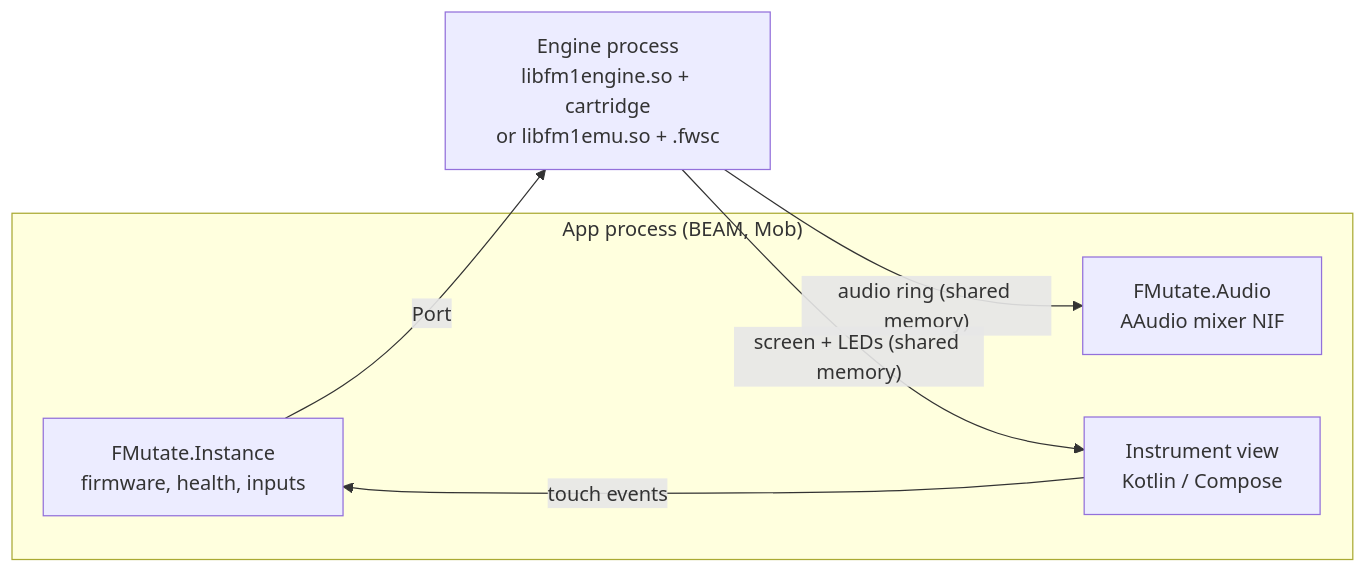
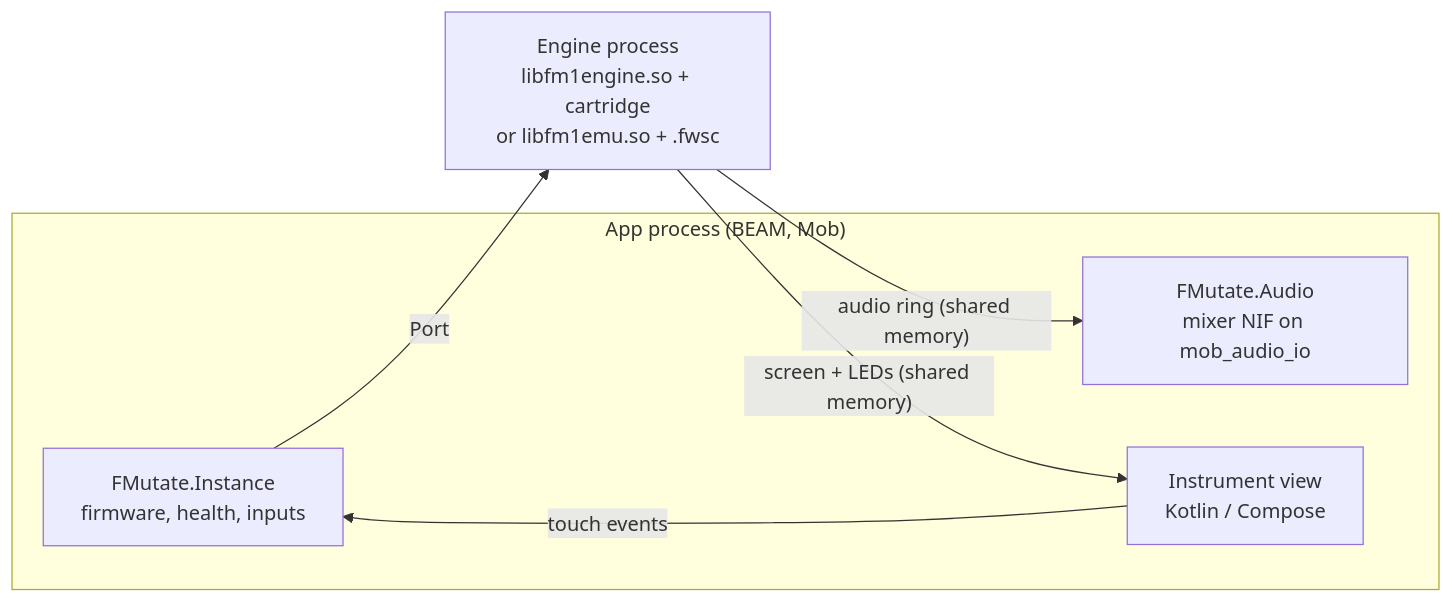
Before and after one commit to GenericJam/fmutate: the diagram in README.md, drawn with Mermaid. The commit also changed other lines of this file and 22 other files, not shown here.

````diff
--- a/README.md
+++ b/README.md
@@ -56,12 +56,12 @@
 ```mermaid
 flowchart LR
   subgraph app["App process (BEAM, Mob)"]
     I["FMutate.Instance<br/>firmware, health, inputs"]
-    A["FMutate.Audio<br/>AAudio mixer NIF"]
+    A["FMutate.Audio<br/>mixer NIF on mob_audio_io"]
     V["Instrument view<br/>Kotlin / Compose"]
   end
   I -- "Port" --> E["Engine process<br/>libfm1engine.so + cartridge<br/>or libfm1emu.so + .fwsc"]
   E -- "audio ring (shared memory)" --> A
   E -- "screen + LEDs (shared memory)" --> V
   V -- "touch events" --> I
 ```
````
